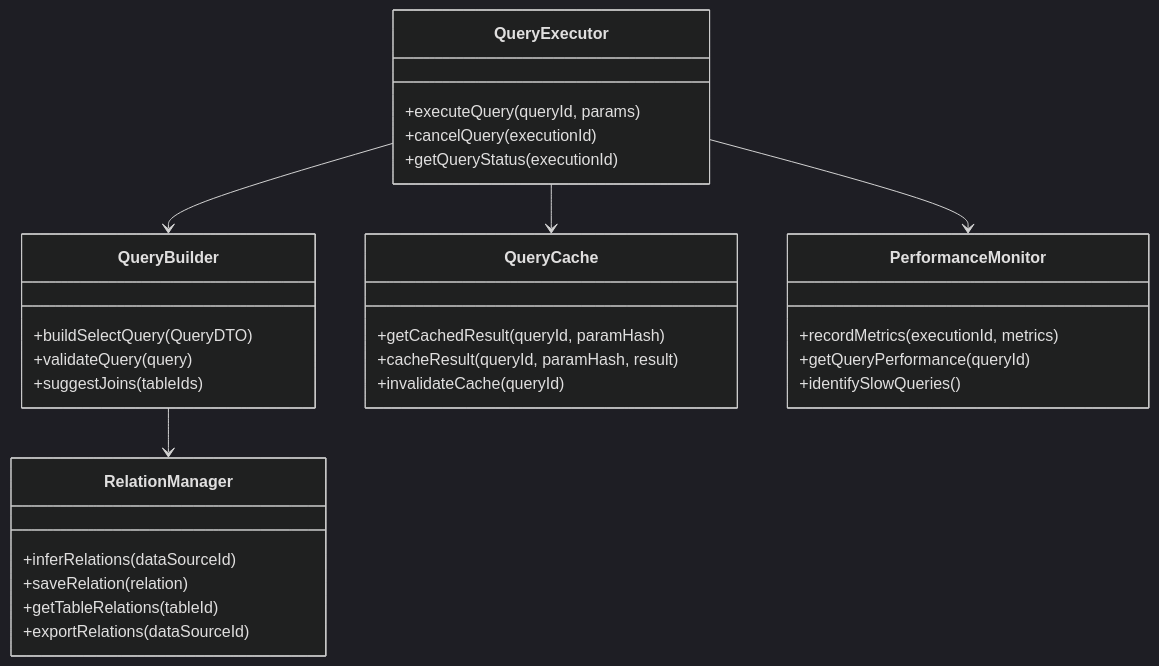
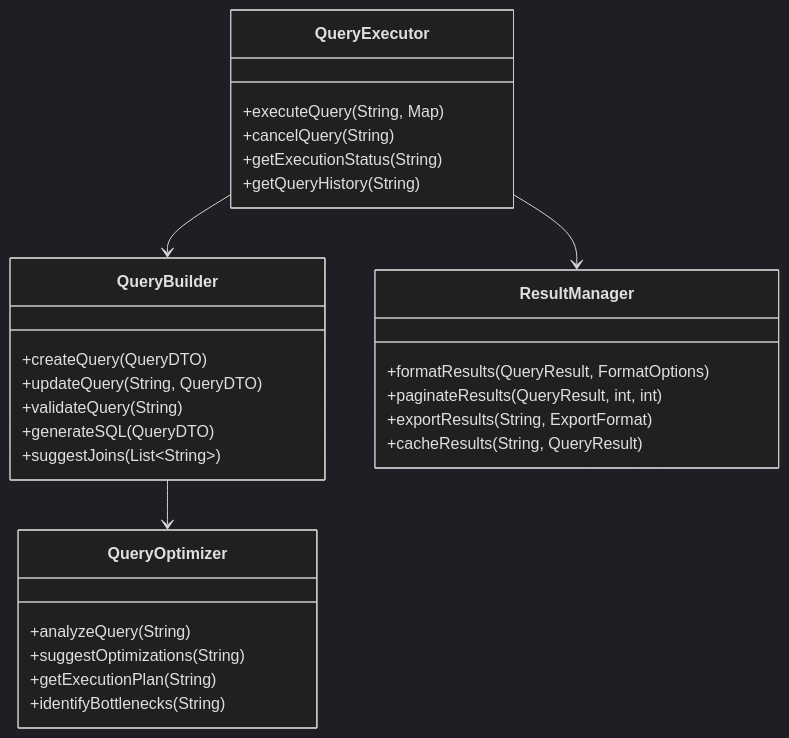
The third of 8 diagrams in docs/architecture.md (im47cn/data-scope), drawn with Mermaid (dark theme) before and after one commit. The commit also changed other lines of this file and 26 other files, not shown here.

````diff
--- a/docs/architecture.md
+++ b/docs/architecture.md
@@ -98,38 +108,35 @@
 ```mermaid
 classDiagram
     class QueryBuilder {
-        +buildSelectQuery(QueryDTO)
-        +validateQuery(query)
-        +suggestJoins(tableIds)
+        +createQuery(QueryDTO)
+        +updateQuery(String, QueryDTO)
+        +validateQuery(String)
+        +generateSQL(QueryDTO)
+        +suggestJoins(List~String~)
     }
     
     class QueryExecutor {
-        +executeQuery(queryId, params)
-        +cancelQuery(executionId)
-        +getQueryStatus(executionId)
+        +executeQuery(String, Map)
+        +cancelQuery(String)
+        +getExecutionStatus(String)
+        +getQueryHistory(String)
     }
     
-    class QueryCache {
-        +getCachedResult(queryId, paramHash)
-        +cacheResult(queryId, paramHash, result)
-        +invalidateCache(queryId)
+    class QueryOptimizer {
+        +analyzeQuery(String)
+        +suggestOptimizations(String)
+        +getExecutionPlan(String)
+        +identifyBottlenecks(String)
     }
     
-    class RelationManager {
-        +inferRelations(dataSourceId)
-        +saveRelation(relation)
-        +getTableRelations(tableId)
-        +exportRelations(dataSourceId)
-    }
-    
-    class PerformanceMonitor {
-        +recordMetrics(executionId, metrics)
-        +getQueryPerformance(queryId)
-        +identifySlowQueries()
+    class ResultManager {
+        +formatResults(QueryResult, FormatOptions)
+        +paginateResults(QueryResult, int, int)
+        +exportResults(String, ExportFormat)
+        +cacheResults(String, QueryResult)
     }
 
-    QueryBuilder --> RelationManager
+    QueryBuilder --> QueryOptimizer
     QueryExecutor --> QueryBuilder
-    QueryExecutor --> QueryCache
-    QueryExecutor --> PerformanceMonitor
+    QueryExecutor --> ResultManager
 ```
````
